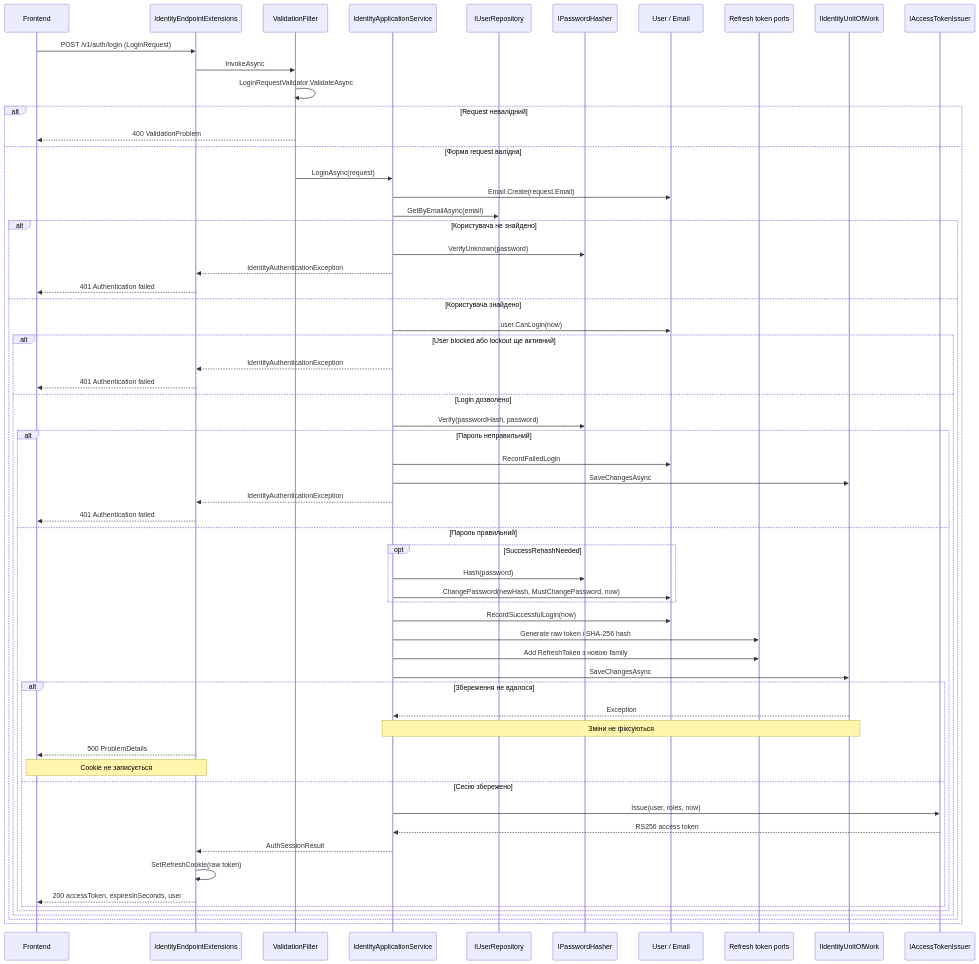
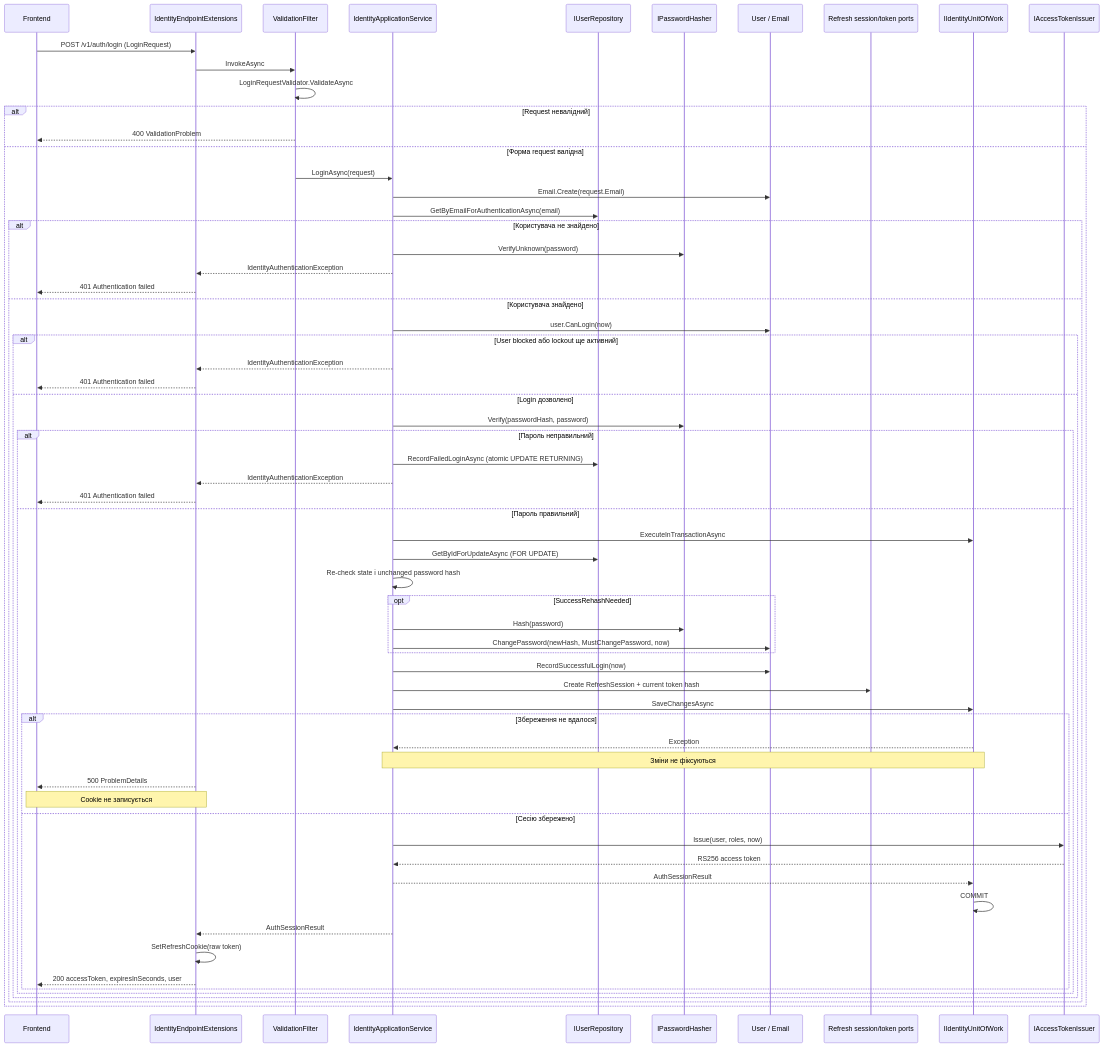
Before and after one commit to SqeeZarion/AiControlCenter: the second of 6 diagrams in docs/identity/authentication-flow.md, drawn with Mermaid. The commit also changed other lines of this file and 58 other files, not shown here.

Commit message:
fix(identity): harden authentication and refresh sessions

````diff
--- a/docs/identity/authentication-flow.md
+++ b/docs/identity/authentication-flow.md
@@ -73,64 +73,67 @@
 ```mermaid
 sequenceDiagram
     participant F as Frontend
     participant API as IdentityEndpointExtensions
     participant VF as ValidationFilter
     participant APP as IdentityApplicationService
     participant UR as IUserRepository
     participant PH as IPasswordHasher
     participant D as User / Email
-    participant RT as Refresh token ports
+    participant RT as Refresh session/token ports
     participant UOW as IIdentityUnitOfWork
     participant JWT as IAccessTokenIssuer
 
     F->>API: POST /v1/auth/login (LoginRequest)
     API->>VF: InvokeAsync
     VF->>VF: LoginRequestValidator.ValidateAsync
     alt Request невалідний
         VF-->>F: 400 ValidationProblem
     else Форма request валідна
         VF->>APP: LoginAsync(request)
         APP->>D: Email.Create(request.Email)
-        APP->>UR: GetByEmailAsync(email)
+        APP->>UR: GetByEmailForAuthenticationAsync(email)
         alt Користувача не знайдено
             APP->>PH: VerifyUnknown(password)
             APP-->>API: IdentityAuthenticationException
             API-->>F: 401 Authentication failed
         else Користувача знайдено
             APP->>D: user.CanLogin(now)
             alt User blocked або lockout ще активний
                 APP-->>API: IdentityAuthenticationException
                 API-->>F: 401 Authentication failed
             else Login дозволено
                 APP->>PH: Verify(passwordHash, password)
                 alt Пароль неправильний
-                    APP->>D: RecordFailedLogin
-                    APP->>UOW: SaveChangesAsync
+                    APP->>UR: RecordFailedLoginAsync (atomic UPDATE RETURNING)
                     APP-->>API: IdentityAuthenticationException
                     API-->>F: 401 Authentication failed
                 else Пароль правильний
+                    APP->>UOW: ExecuteInTransactionAsync
+                    APP->>UR: GetByIdForUpdateAsync (FOR UPDATE)
+                    APP->>APP: Re-check state і unchanged password hash
                     opt SuccessRehashNeeded
                         APP->>PH: Hash(password)
                         APP->>D: ChangePassword(newHash, MustChangePassword, now)
                     end
                     APP->>D: RecordSuccessfulLogin(now)
-                    APP->>RT: Generate raw token і SHA-256 hash
-                    APP->>RT: Add RefreshToken з новою family
+                    APP->>RT: Create RefreshSession + current token hash
                     APP->>UOW: SaveChangesAsync
                     alt Збереження не вдалося
                         UOW-->>APP: Exception
                         Note over UOW,APP: Зміни не фіксуються
                         API-->>F: 500 ProblemDetails
                         Note over API,F: Cookie не записується
                     else Сесію збережено
                         APP->>JWT: Issue(user, roles, now)
                         JWT-->>APP: RS256 access token
+                        APP-->>UOW: AuthSessionResult
+                        UOW->>UOW: COMMIT
                         APP-->>API: AuthSessionResult
                         API->>API: SetRefreshCookie(raw token)
                         API-->>F: 200 accessToken, expiresInSeconds, user
                     end
                 end
             end
         end
     end
 ```
````
